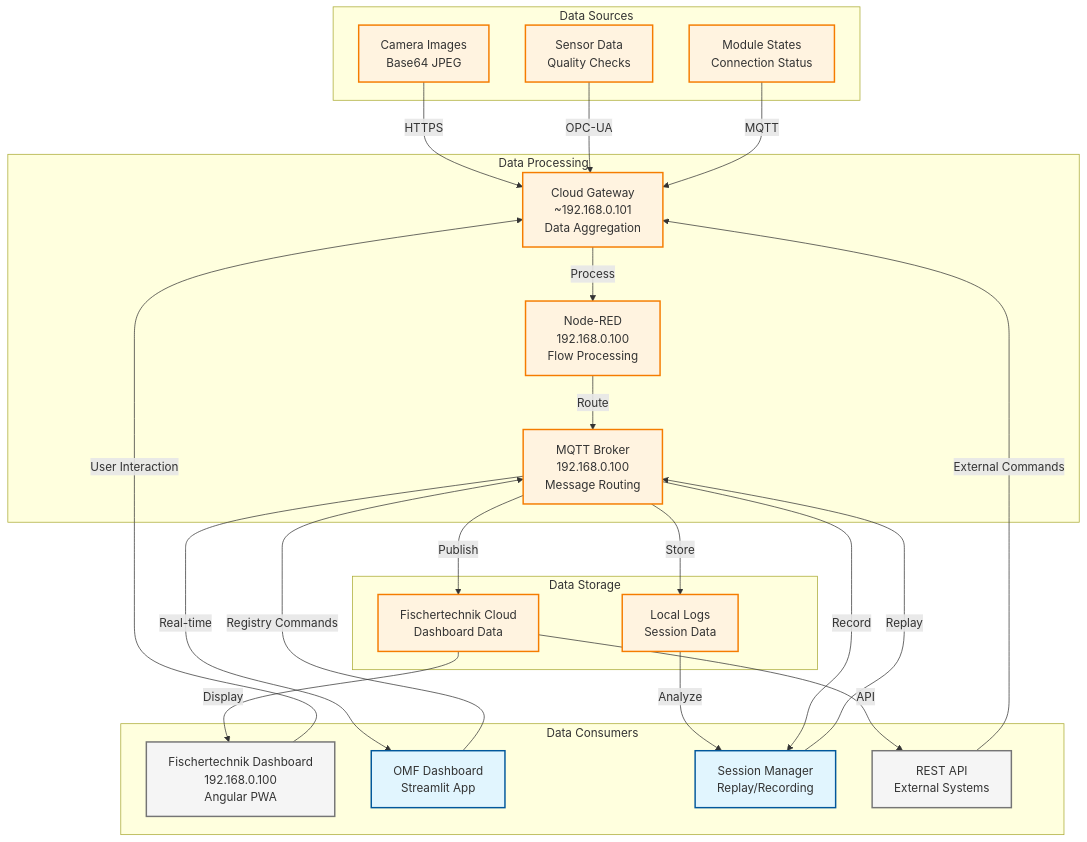
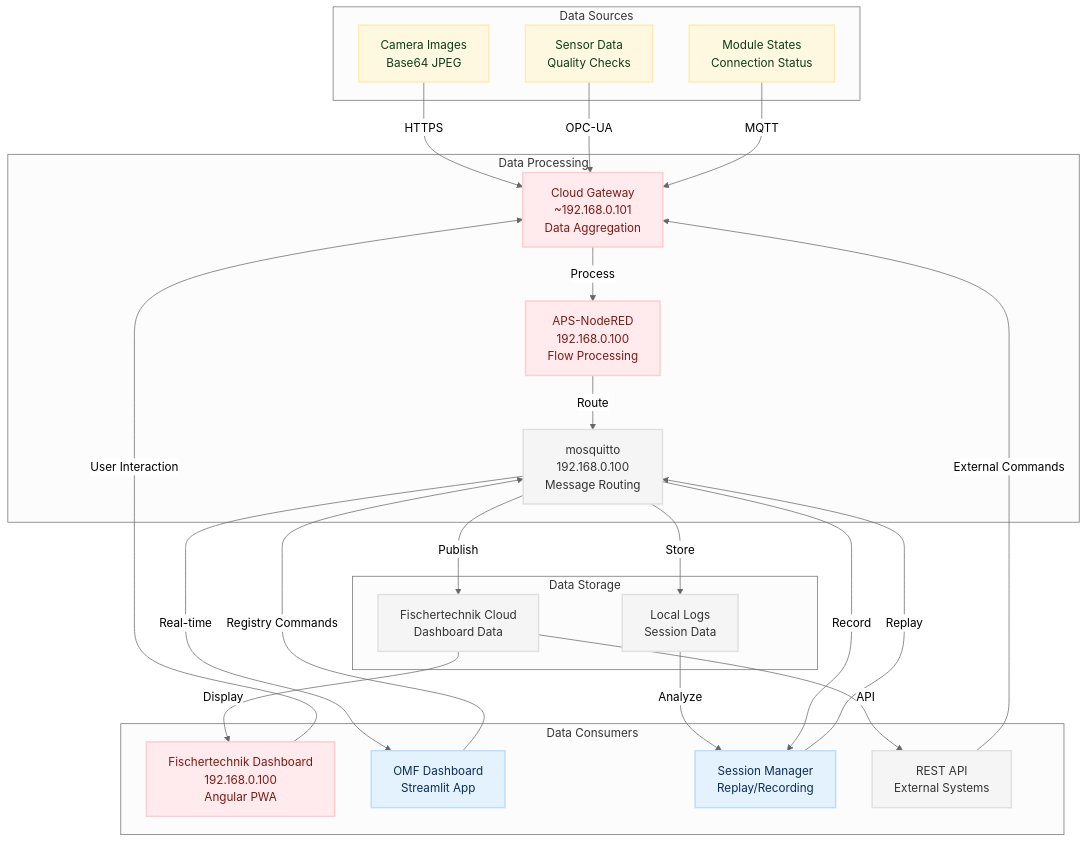
One commit to OliverBerger-ORBIS/ORBIS-Modellfabrik changed the first of 4 diagrams in docs/02-architecture/aps-data-flow.md. Above: the diagram before and after it, drawn with Mermaid. The commit also changed other lines of this file and 12 other files, not shown here.

````diff
--- a/docs/02-architecture/aps-data-flow.md
+++ b/docs/02-architecture/aps-data-flow.md
@@ -20,53 +36,52 @@
 ```mermaid
+%%{init: {'theme':'neutral'}}%%
 flowchart TD
+classDef orbis fill:#e3f2fd,stroke:#bbdefb,stroke-width:2px,color:#0b2e59;
+classDef fthardware fill:#fff8e1,stroke:#ffecb3,stroke-width:2px,color:#0b3d16;
+classDef ftsoftware fill:#ffebee,stroke:#ffcdd2,stroke-width:2px,color:#7a1a14;
+classDef external fill:#f5f5f5,stroke:#e0e0e0,stroke-width:2px,color:#333;
+
     subgraph "Data Sources"
-        CAM[Camera Images<br/>Base64 JPEG]
-        SENS[Sensor Data<br/>Quality Checks]
-        STATE[Module States<br/>Connection Status]
+        CAM[Camera Images<br/>Base64 JPEG]:::fthardware
+        SENS[Sensor Data<br/>Quality Checks]:::fthardware
+        STATE[Module States<br/>Connection Status]:::fthardware
     end
     
     subgraph "Data Processing"
-        CG[Cloud Gateway<br/>~192.168.0.101<br/>Data Aggregation]
-        NR[Node-RED<br/>192.168.0.100<br/>Flow Processing]
-        MQTT[MQTT Broker<br/>192.168.0.100<br/>Message Routing]
+        CG[Cloud Gateway<br/>~192.168.0.101<br/>Data Aggregation]:::ftsoftware
+        NR[APS-NodeRED<br/>192.168.0.100<br/>Flow Processing]:::ftsoftware
+        MQTT[mosquitto<br/>192.168.0.100<br/>Message Routing]:::external
     end
     
     subgraph "Data Storage"
-        CLOUD[Fischertechnik Cloud<br/>Dashboard Data]
-        LOCAL[Local Logs<br/>Session Data]
+        CLOUD[Fischertechnik Cloud<br/>Dashboard Data]:::external
+        LOCAL[Local Logs<br/>Session Data]:::external
     end
     
     subgraph "Data Consumers"
-        FT_DASH[Fischertechnik Dashboard<br/>192.168.0.100<br/>Angular PWA]
-        OMF_DASH[OMF Dashboard<br/>Streamlit App]
-        SESSION[Session Manager<br/>Replay/Recording]
-        API[REST API<br/>External Systems]
+        FT_DASH[Fischertechnik Dashboard<br/>192.168.0.100<br/>Angular PWA]:::ftsoftware
+        OMF_DASH[OMF Dashboard<br/>Streamlit App]:::orbis
+        SESSION[Session Manager<br/>Replay/Recording]:::orbis
+        API[REST API<br/>External Systems]:::external
     end
     
     CAM -->|HTTPS| CG
     SENS -->|OPC-UA| CG
     STATE -->|MQTT| CG
     
     CG -->|Process| NR
     NR -->|Route| MQTT
     MQTT -->|Publish| CLOUD
     MQTT -->|Store| LOCAL
     
     CLOUD -->|Display| FT_DASH
     CLOUD -->|API| API
     LOCAL -->|Analyze| SESSION
     MQTT -->|Real-time| OMF_DASH
     MQTT -->|Record| SESSION
     
     FT_DASH -->|User Interaction| CG
     OMF_DASH -->|Registry Commands| MQTT
     SESSION -->|Replay| MQTT
     API -->|External Commands| CG
-    
-    classDef fischertechnik fill:#f5f5f5,stroke:#757575,stroke-width:2px
-    classDef orbis fill:#e1f5fe,stroke:#01579b,stroke-width:2px
-    classDef modules fill:#fff3e0,stroke:#f57c00,stroke-width:2px
-    class FT_DASH,API fischertechnik
-    class OMF_DASH,SESSION orbis
-    class CAM,SENS,STATE,CG,NR,MQTT,CLOUD,LOCAL modules
 ```
````
